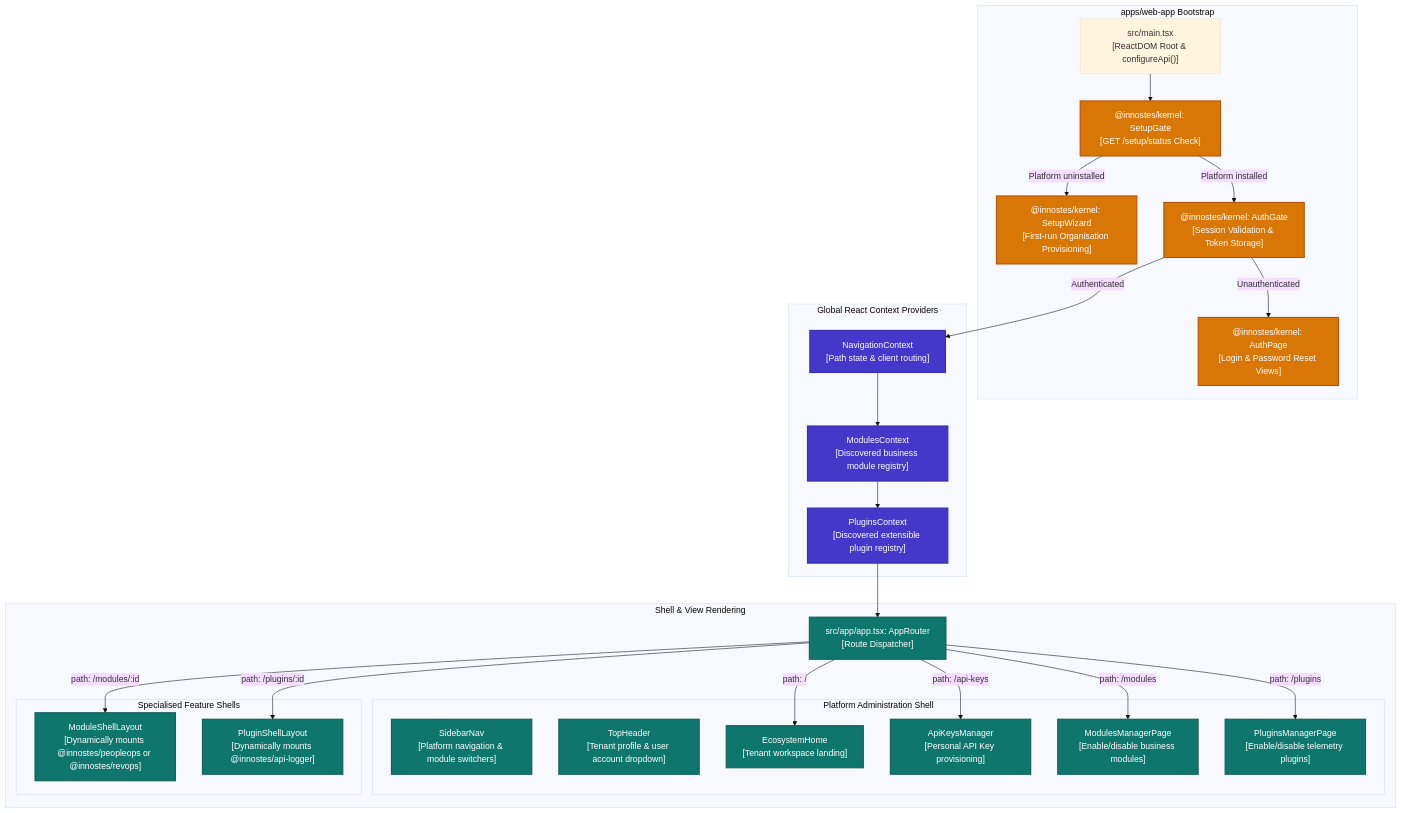
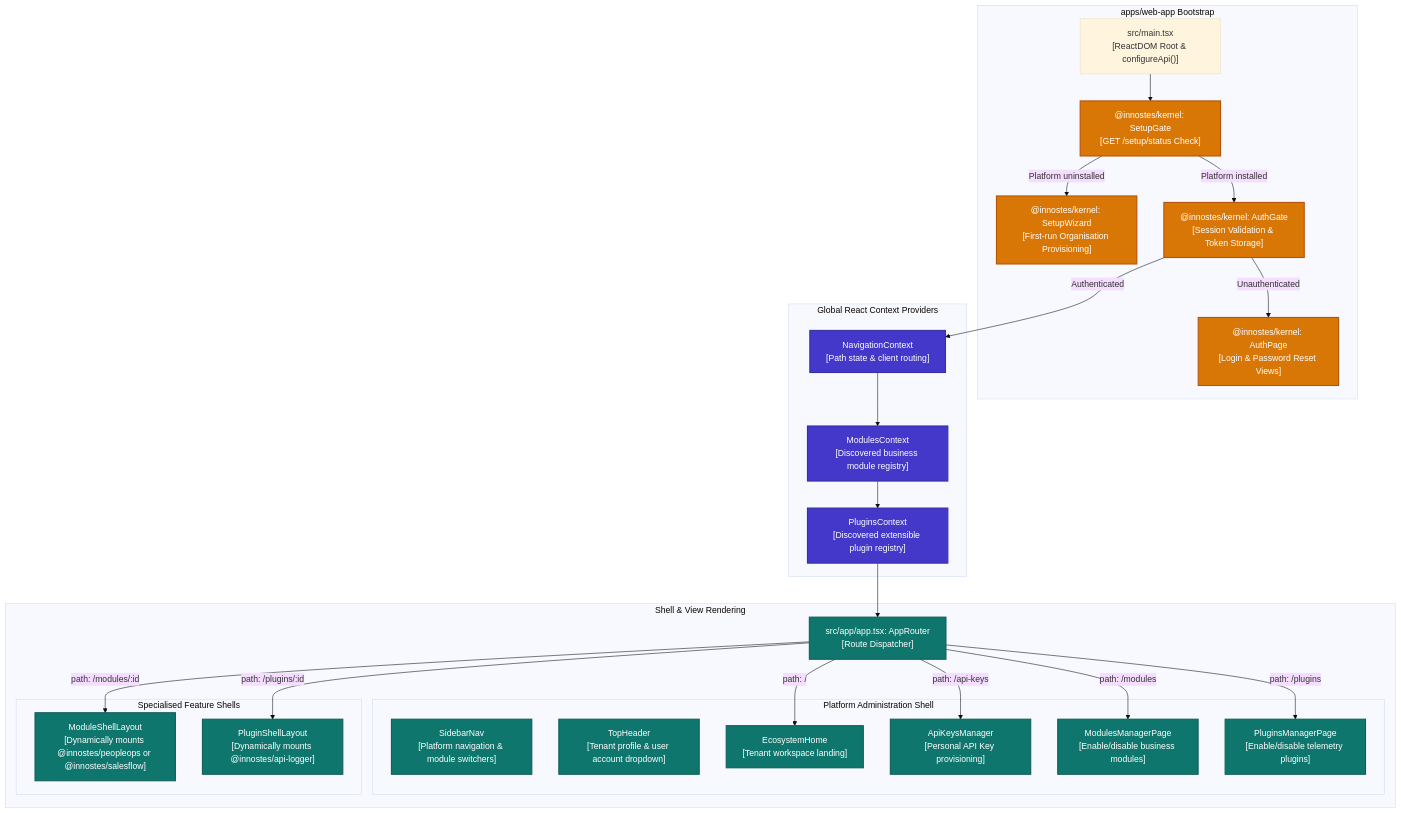
One commit to innostes-dev/erp changed the third of 4 diagrams in apps/landing/content/dev-docs/architecture/building-blocks.mdx. Above: the diagram before and after it, drawn with Mermaid (base theme). The commit also changed other lines of this file and 94 other files, not shown here.

Commit message:
refactor(modules): rename CRM module from revops to salesflow across platform and docs

````diff
--- a/apps/landing/content/dev-docs/architecture/building-blocks.mdx
+++ b/apps/landing/content/dev-docs/architecture/building-blocks.mdx
@@ -146,55 +146,55 @@
 ```mermaid
 flowchart TD
   subgraph WebAppBootstrap["apps/web-app Bootstrap"]
     MainEntry["src/main.tsx\n[ReactDOM Root & configureApi()]"]
     SetupGate["@innostes/kernel: SetupGate\n[GET /setup/status Check]"]
     SetupWizard["@innostes/kernel: SetupWizard\n[First-run Organisation Provisioning]"]
     AuthGate["@innostes/kernel: AuthGate\n[Session Validation & Token Storage]"]
     AuthPage["@innostes/kernel: AuthPage\n[Login & Password Reset Views]"]
   end
 
   subgraph ShellContexts["Global React Context Providers"]
     NavCtx["NavigationContext\n[Path state & client routing]"]
     ModCtx["ModulesContext\n[Discovered business module registry]"]
     PlugCtx["PluginsContext\n[Discovered extensible plugin registry]"]
   end
 
   subgraph ShellLayouts["Shell & View Rendering"]
     AppRouter["src/app/app.tsx: AppRouter\n[Route Dispatcher]"]
     
     subgraph CoreShell["Platform Administration Shell"]
       SidebarNav["SidebarNav\n[Platform navigation & module switchers]"]
       TopHeader["TopHeader\n[Tenant profile & user account dropdown]"]
       EcoHome["EcosystemHome\n[Tenant workspace landing]"]
       ApiKeysMgr["ApiKeysManager\n[Personal API Key provisioning]"]
       ModMgr["ModulesManagerPage\n[Enable/disable business modules]"]
       PlugMgr["PluginsManagerPage\n[Enable/disable telemetry plugins]"]
     end
 
     subgraph ModuleShells["Specialised Feature Shells"]
-      ModShellLayout["ModuleShellLayout\n[Dynamically mounts @innostes/peopleops or @innostes/revops]"]
+      ModShellLayout["ModuleShellLayout\n[Dynamically mounts @innostes/peopleops or @innostes/salesflow]"]
       PlugShellLayout["PluginShellLayout\n[Dynamically mounts @innostes/api-logger]"]
     end
   end
 
   MainEntry --> SetupGate
   SetupGate -- "Platform uninstalled" --> SetupWizard
   SetupGate -- "Platform installed" --> AuthGate
   AuthGate -- "Unauthenticated" --> AuthPage
   AuthGate -- "Authenticated" --> NavCtx
   NavCtx --> ModCtx --> PlugCtx --> AppRouter
   AppRouter -- "path: /" --> EcoHome
   AppRouter -- "path: /modules" --> ModMgr
   AppRouter -- "path: /plugins" --> PlugMgr
   AppRouter -- "path: /api-keys" --> ApiKeysMgr
   AppRouter -- "path: /modules/:id" --> ModShellLayout
   AppRouter -- "path: /plugins/:id" --> PlugShellLayout
 
   classDef gate fill:#d97706,stroke:#b45309,stroke-width:2px,color:#ffffff;
   classDef ctx fill:#4338ca,stroke:#3730a3,stroke-width:2px,color:#ffffff;
   classDef view fill:#0f766e,stroke:#115e59,stroke-width:2px,color:#ffffff;
 
   class SetupGate,SetupWizard,AuthGate,AuthPage gate;
   class NavCtx,ModCtx,PlugCtx ctx;
   class AppRouter,SidebarNav,TopHeader,EcoHome,ApiKeysMgr,ModMgr,PlugMgr,ModShellLayout,PlugShellLayout view;
 ```
````
